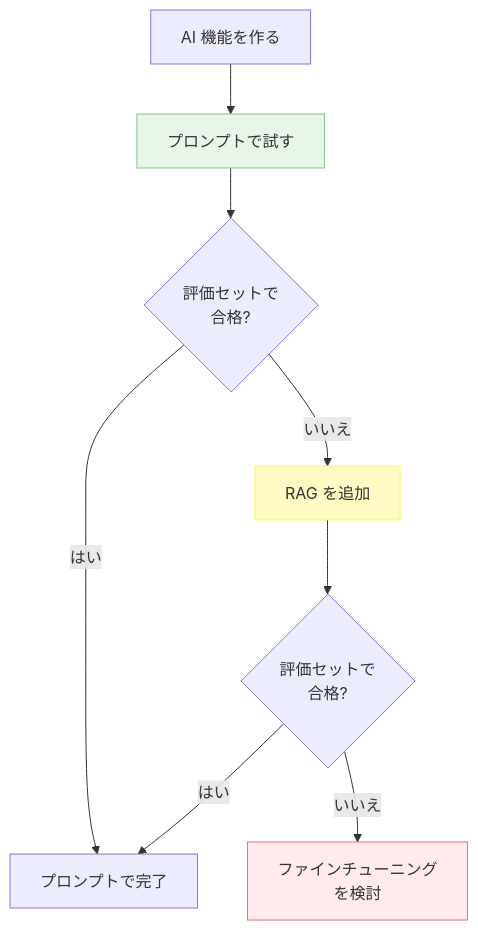
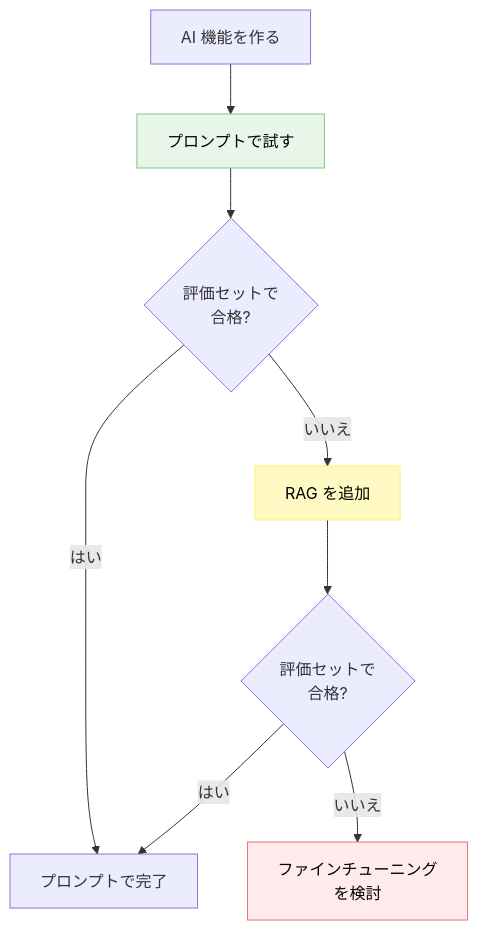
The first of 2 diagrams in docs/concepts/ファインチューニング-vs-プロンプト-どちらを選ぶか.md (dinekt/dinekt-wiki), drawn with Mermaid before and after one commit. The commit also changed 71 other files, not shown here.

First line of the commit message:
fix: mermaid readability + remove GitHub repo toolbar

````diff
--- a/docs/concepts/ファインチューニング-vs-プロンプト-どちらを選ぶか.md
+++ b/docs/concepts/ファインチューニング-vs-プロンプト-どちらを選ぶか.md
@@ -25,14 +25,14 @@
 ```mermaid
 flowchart TD
     Q[AI 機能を作る] --> P[プロンプトで試す]
     P --> E{評価セットで<br/>合格?}
     E -->|はい| D[プロンプトで完了]
     E -->|いいえ| R[RAG を追加]
     R --> E2{評価セットで<br/>合格?}
     E2 -->|はい| D
     E2 -->|いいえ| F[ファインチューニング<br/>を検討]
 
-    style P fill:#e8f5e9,stroke:#81c784
-    style R fill:#fff9c4,stroke:#fff176
-    style F fill:#ffebee,stroke:#e57373
+    style P fill:#e8f5e9,stroke:#81c784,color:#000
+    style R fill:#fff9c4,stroke:#fff176,color:#000
+    style F fill:#ffebee,stroke:#e57373,color:#000
 ```
````
